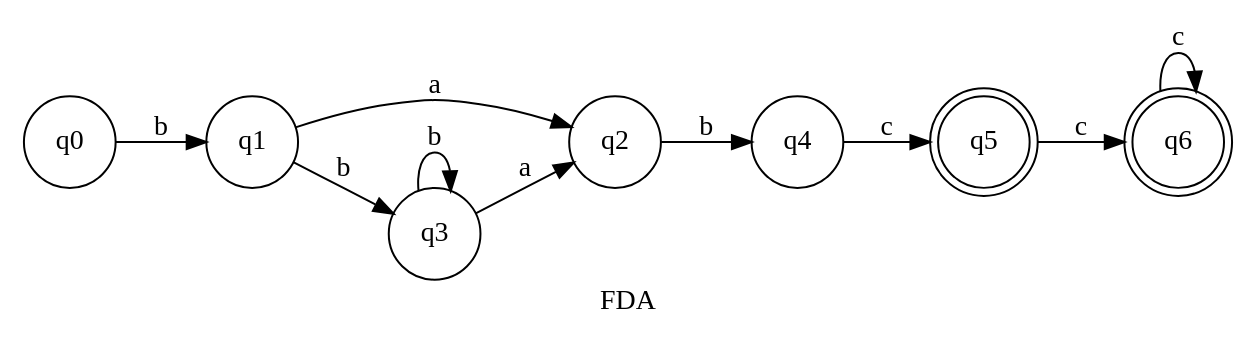
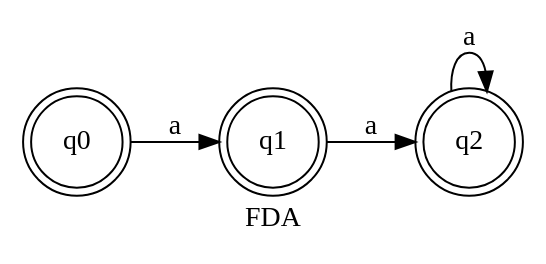
One commit to emiliosolanoo21/LabCD_LP changed the diagram in Tree/default/Infix/AFD.gv. Above: the diagram before and after it, drawn with Graphviz. The commit also changed 37 other files, not shown here.

```diff
--- a/Tree/default/Infix/AFD.gv
+++ b/Tree/default/Infix/AFD.gv
@@ -1,21 +1,11 @@
 // AFN
 digraph {
 	rankdir=LR
 	label=FDA
-	1616123036960 [label=q0 shape=circle]
-	1616123037056 [label=q1 shape=circle]
-	1616123037152 [label=q2 shape=circle]
-	1616123037344 [label=q4 shape=circle]
-	1616123037440 [label=q5 shape=doublecircle]
-	1616123037536 [label=q6 shape=doublecircle]
-	1616123037536 -> 1616123037536 [label=c]
-	1616123037440 -> 1616123037536 [label=c]
-	1616123037344 -> 1616123037440 [label=c]
-	1616123037152 -> 1616123037344 [label=b]
-	1616123037056 -> 1616123037152 [label=a]
-	1616123037248 [label=q3 shape=circle]
-	1616123037248 -> 1616123037152 [label=a]
-	1616123037248 -> 1616123037248 [label=b]
-	1616123037056 -> 1616123037248 [label=b]
-	1616123036960 -> 1616123037056 [label=b]
+	2417075465376 [label=q0 shape=doublecircle]
+	2417075464992 [label=q1 shape=doublecircle]
+	2417075464896 [label=q2 shape=doublecircle]
+	2417075464896 -> 2417075464896 [label=a]
+	2417075464992 -> 2417075464896 [label=a]
+	2417075465376 -> 2417075464992 [label=a]
 }
```
